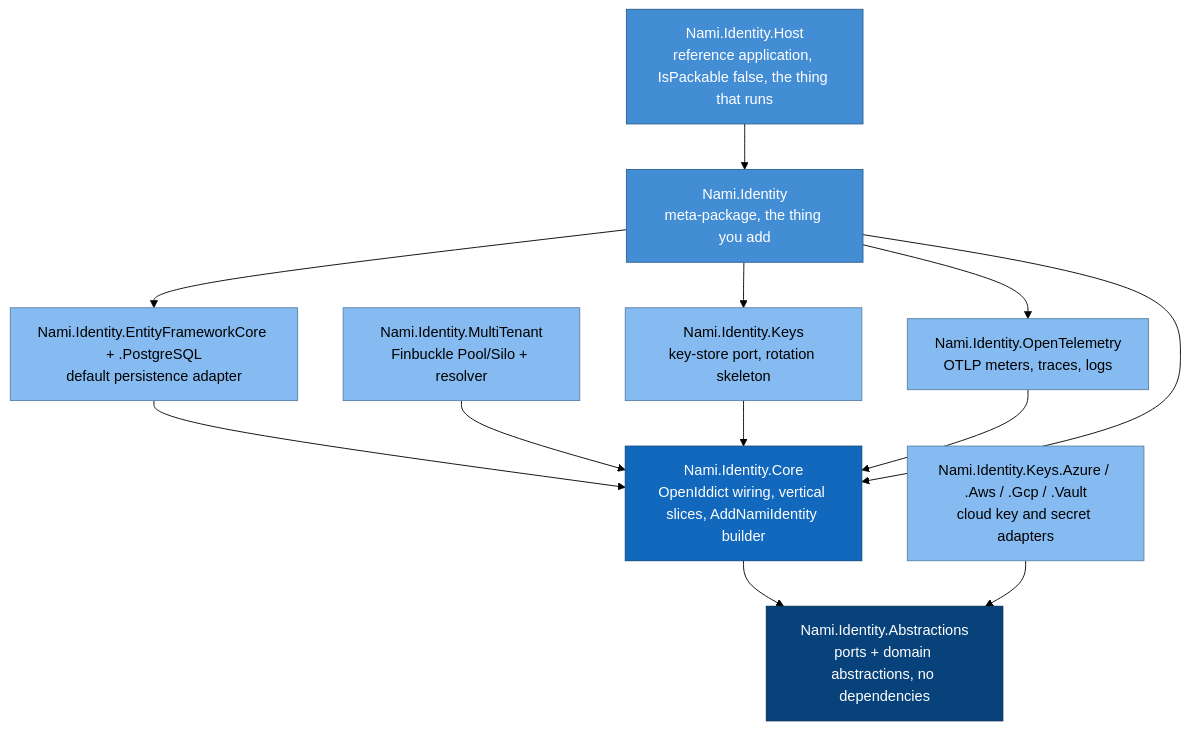
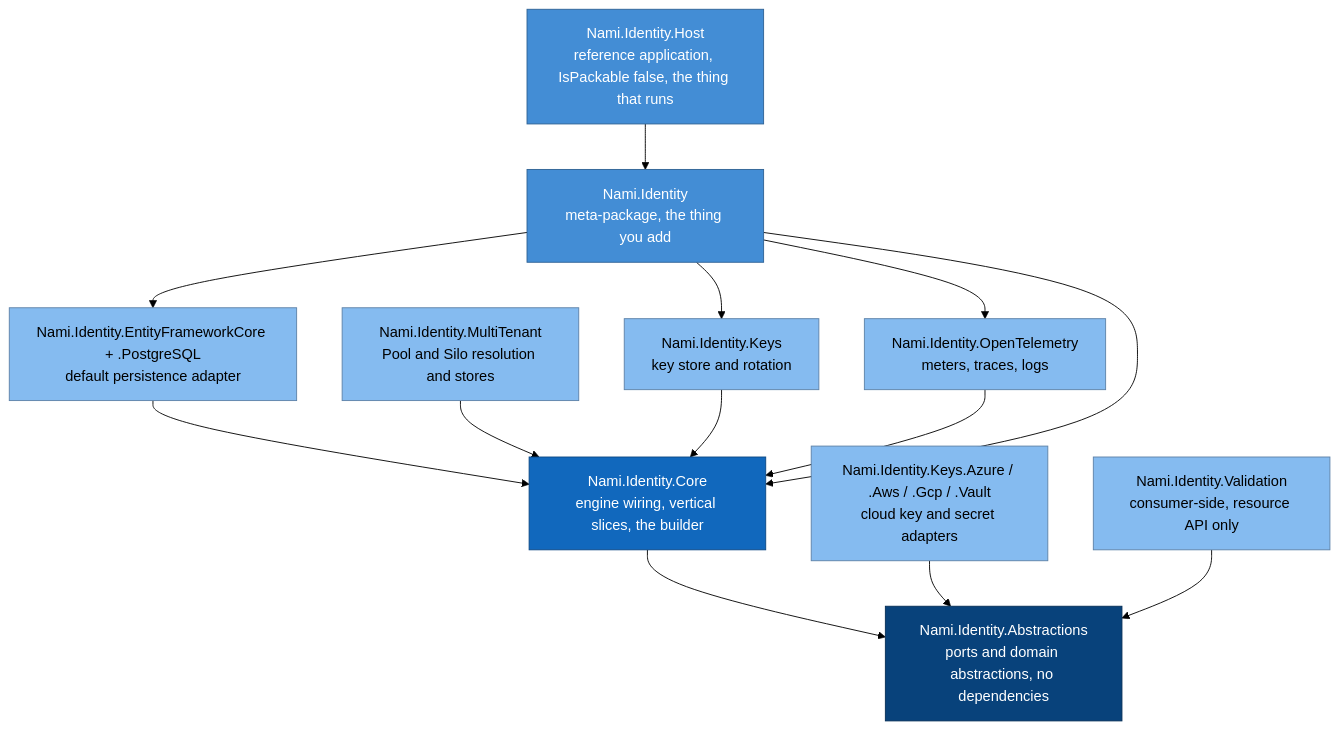
The first of 2 diagrams in docs/design/01-foundations.md (namphuongtran/nami), drawn with Mermaid (forest theme) before and after one commit. The commit also changed other lines of this file and 1 other file, not shown here.

````diff
--- a/docs/design/01-foundations.md
+++ b/docs/design/01-foundations.md
@@ -45,29 +65,31 @@
 ```mermaid
 graph TB
-  abs[Nami.Identity.Abstractions<br/>ports + domain abstractions, no dependencies]:::center
-  core[Nami.Identity.Core<br/>OpenIddict wiring, vertical slices, AddNamiIdentity builder]:::core
+  abs[Nami.Identity.Abstractions<br/>ports and domain abstractions, no dependencies]:::center
+  core[Nami.Identity.Core<br/>engine wiring, vertical slices, the builder]:::core
   ef[Nami.Identity.EntityFrameworkCore + .PostgreSQL<br/>default persistence adapter]:::adapter
-  mt[Nami.Identity.MultiTenant<br/>Finbuckle Pool/Silo + resolver]:::adapter
-  keys[Nami.Identity.Keys<br/>key-store port, rotation skeleton]:::adapter
-  otel[Nami.Identity.OpenTelemetry<br/>OTLP meters, traces, logs]:::adapter
+  mt[Nami.Identity.MultiTenant<br/>Pool and Silo resolution and stores]:::adapter
+  keys[Nami.Identity.Keys<br/>key store and rotation]:::adapter
+  otel[Nami.Identity.OpenTelemetry<br/>meters, traces, logs]:::adapter
   cloud[Nami.Identity.Keys.Azure / .Aws / .Gcp / .Vault<br/>cloud key and secret adapters]:::adapter
+  val[Nami.Identity.Validation<br/>consumer-side, resource API only]:::adapter
   meta[Nami.Identity<br/>meta-package, the thing you add]:::host
   host[Nami.Identity.Host<br/>reference application, IsPackable false, the thing that runs]:::host
 
   core --> abs
   ef --> core
   mt --> core
   keys --> core
   otel --> core
   cloud --> abs
+  val --> abs
   meta --> core
   meta --> ef
   meta --> keys
   meta --> otel
   host --> meta
 
   classDef center fill:#08427b,stroke:#052e56,color:#ffffff
   classDef core fill:#1168bd,stroke:#0b4884,color:#ffffff
   classDef adapter fill:#85bbf0,stroke:#5d82a8,color:#000000
   classDef host fill:#438dd5,stroke:#2e6295,color:#ffffff
 ```
````
